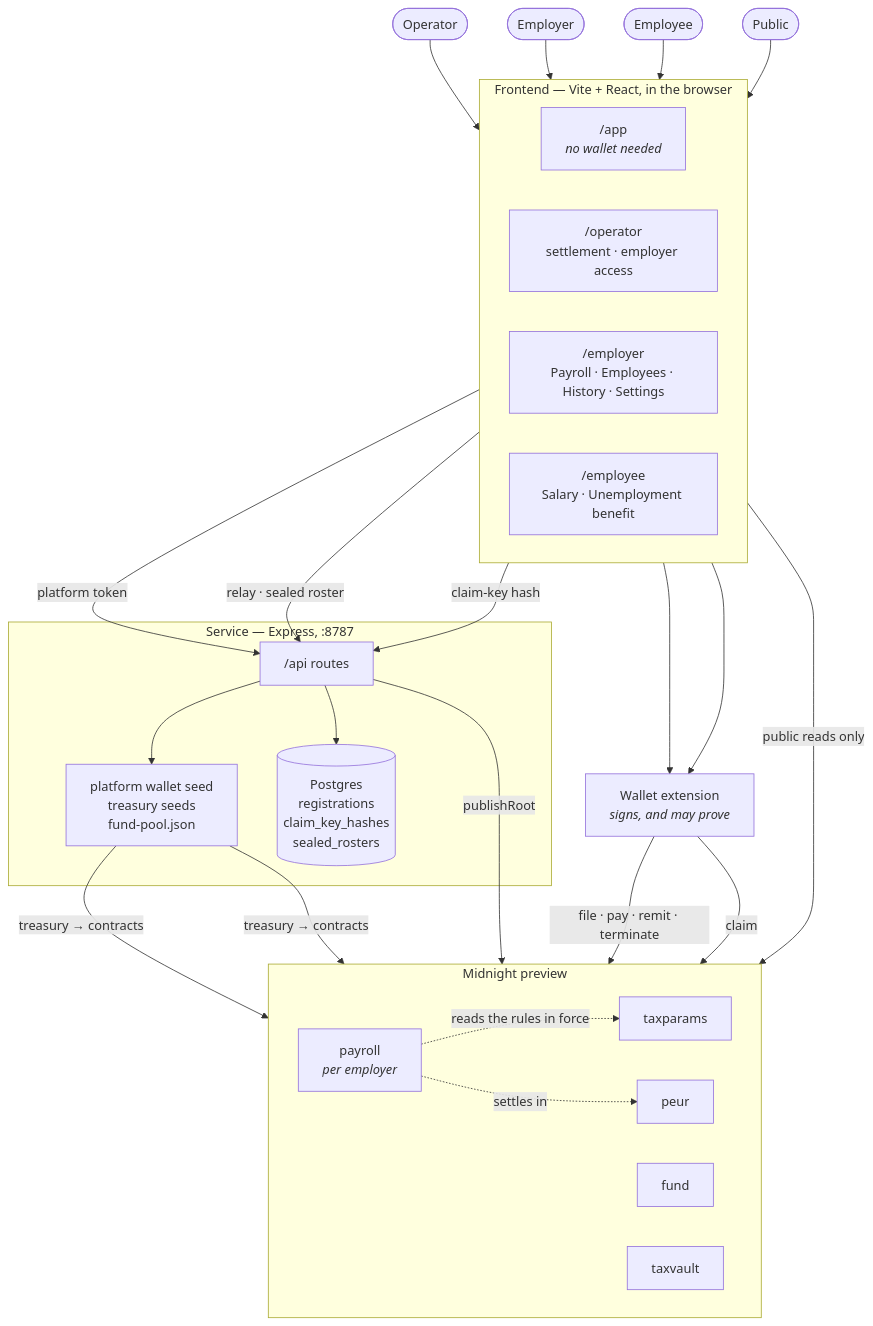
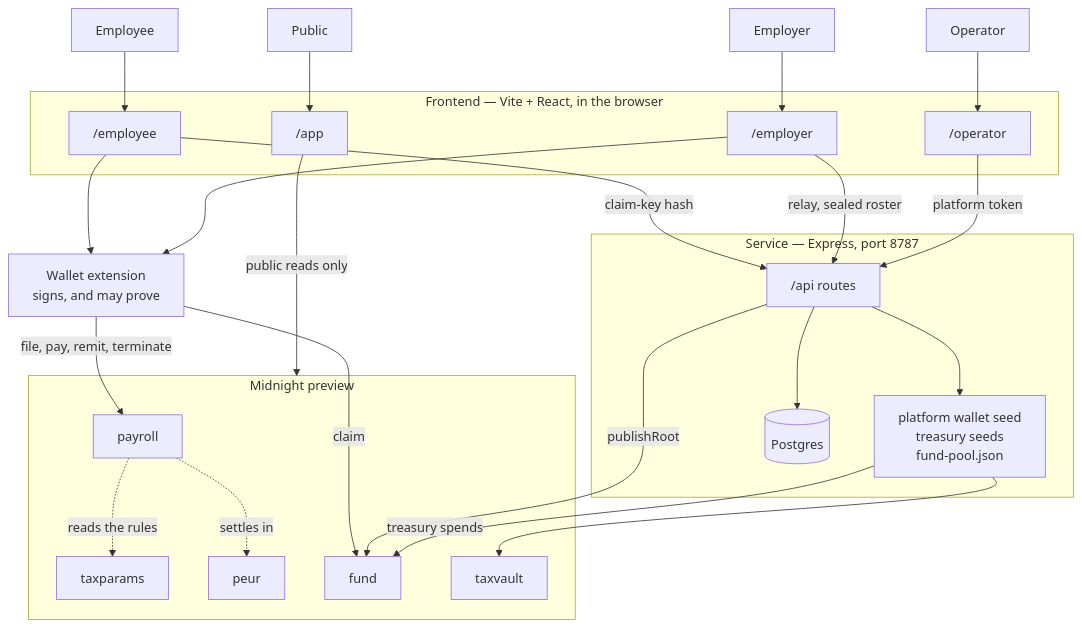
The diagram in README.md (hwdeboer1977/midnight-polisZK), drawn with Mermaid before and after one commit. The commit also changed other lines of this file, not shown here.

Commit message:
Setup documentation: fix diagram

````diff
--- a/README.md
+++ b/README.md
@@ -44,55 +44,55 @@
 ```mermaid
 flowchart TB
-    OP(["Operator"])
-    EM(["Employer"])
-    EE(["Employee"])
-    PU(["Public"])
+    PU["Public"]
+    EE["Employee"]
+    EM["Employer"]
+    OP["Operator"]
 
     subgraph FE["Frontend — Vite + React, in the browser"]
-        direction LR
-        PUS["/app<br/><i>no wallet needed</i>"]
-        OPS["/operator<br/>settlement · employer access"]
-        EMS["/employer<br/>Payroll · Employees · History · Settings"]
-        EES["/employee<br/>Salary · Unemployment benefit"]
+        PUS["/app"]
+        EES["/employee"]
+        EMS["/employer"]
+        OPS["/operator"]
     end
 
-    WAL["Wallet extension<br/><i>signs, and may prove</i>"]
+    WAL["Wallet extension<br/>signs, and may prove"]
 
-    subgraph SVC["Service — Express, :8787"]
+    subgraph SVC["Service — Express, port 8787"]
         API["/api routes"]
         KEYS["platform wallet seed<br/>treasury seeds<br/>fund-pool.json"]
-        DB[("Postgres<br/>registrations<br/>claim_key_hashes<br/>sealed_rosters")]
+        DB[("Postgres")]
     end
 
     subgraph CH["Midnight preview"]
-        direction LR
-        PAY["payroll<br/><i>per employer</i>"]
+        PAY["payroll"]
         TAXP["taxparams"]
         PEUR["peur"]
         FUND["fund"]
         VAULT["taxvault"]
     end
 
+    PU --> PUS
+    EE --> EES
+    EM --> EMS
     OP --> OPS
-    EM --> EMS
-    EE --> EES
-    PU --> PUS
 
-    OPS -- "platform token" --> API
-    EMS -- "relay · sealed roster" --> API
-    EES -- "claim-key hash" --> API
+    PUS -->|public reads only| CH
+    EES --> WAL
     EMS --> WAL
-    EES --> WAL
 
+    EES -->|claim-key hash| API
+    EMS -->|relay, sealed roster| API
+    OPS -->|platform token| API
+
+    WAL -->|file, pay, remit, terminate| PAY
+    WAL -->|claim| FUND
+
+    API --> DB
     API --> KEYS
-    API --> DB
-    KEYS -- "treasury → contracts" --> FUND
-    KEYS -- "treasury → contracts" --> VAULT
-    API -- "publishRoot" --> FUND
+    API -->|publishRoot| FUND
+    KEYS -->|treasury spends| FUND
+    KEYS --> VAULT
 
-    WAL -- "file · pay · remit · terminate" --> PAY
-    WAL -- "claim" --> FUND
-    PAY -. "reads the rules in force" .-> TAXP
-    PAY -. "settles in" .-> PEUR
-    PUS -- "public reads only" --> CH
+    PAY -.->|reads the rules| TAXP
+    PAY -.->|settles in| PEUR
 ```
````
